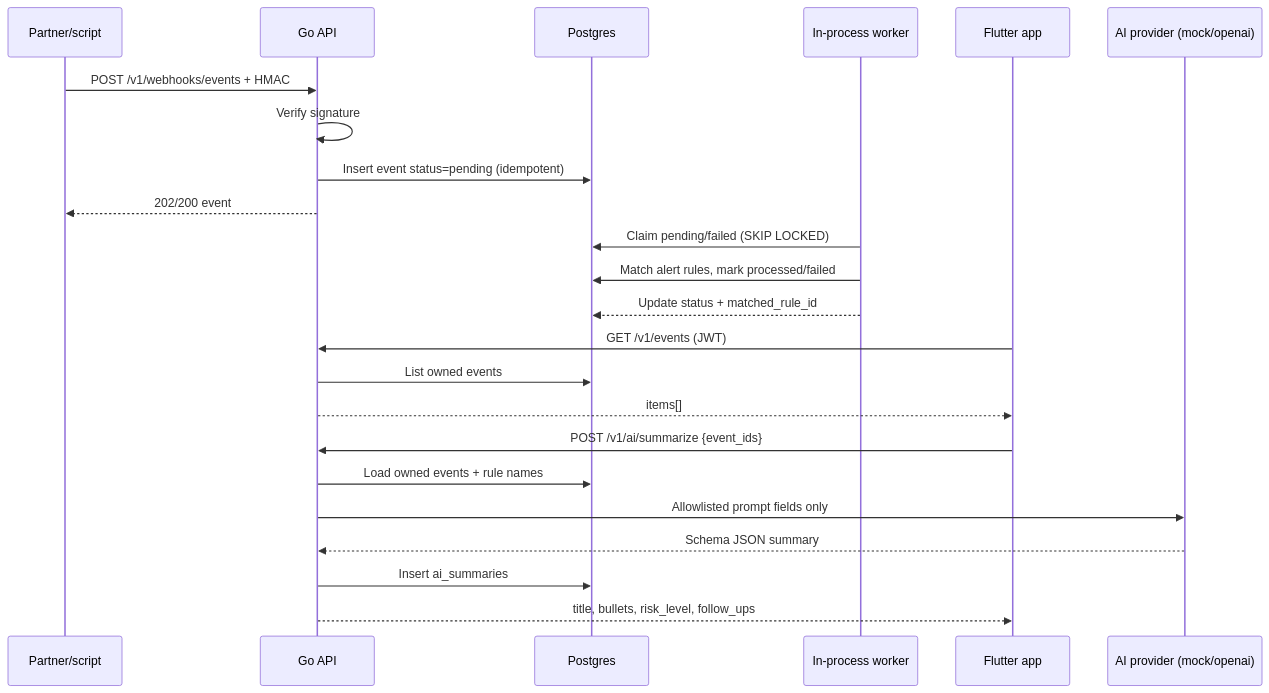
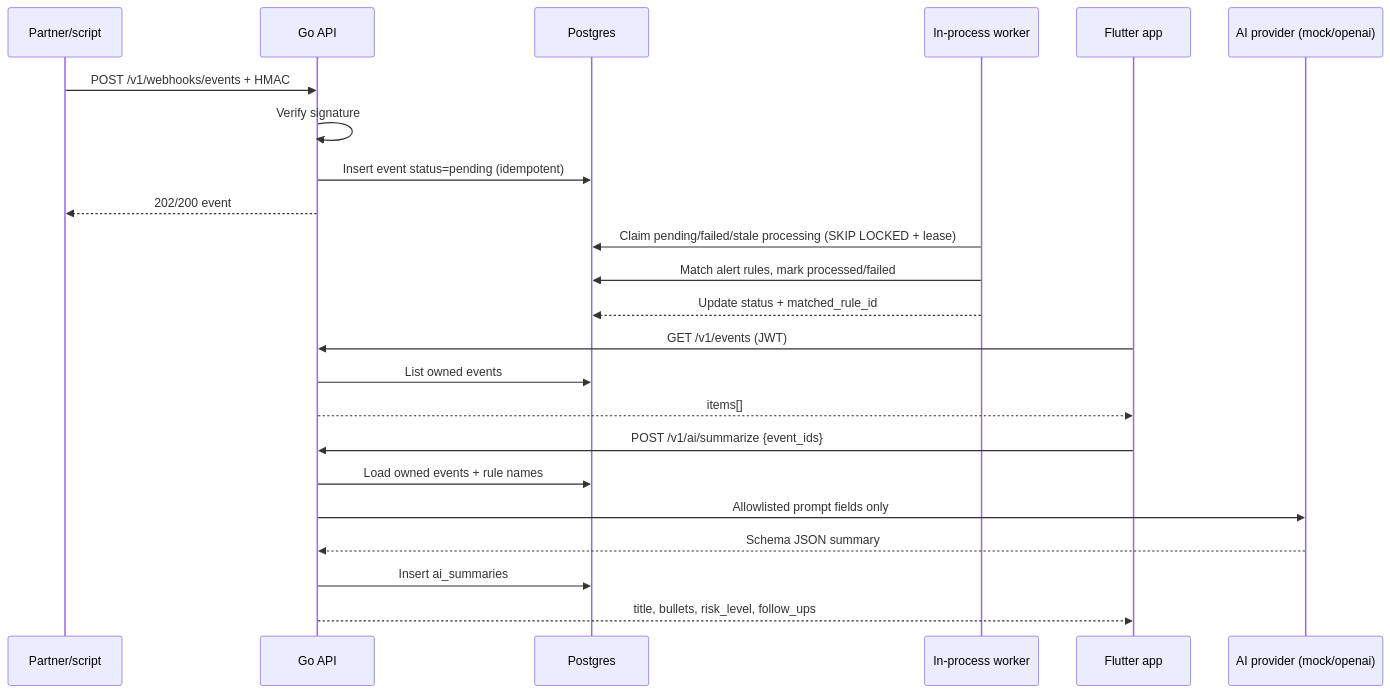
One commit to o-mid/walletops changed the diagram in docs/architecture.md. Above: the diagram before and after it, drawn with Mermaid. The commit also changed other lines of this file and 2 other files, not shown here.

Commit message:
document webhook reliability and worker claim path

````diff
--- a/docs/architecture.md
+++ b/docs/architecture.md
@@ -19,29 +19,29 @@
 ```mermaid
 sequenceDiagram
   participant Partner as Partner/script
   participant API as Go API
   participant DB as Postgres
   participant Worker as In-process worker
   participant Mobile as Flutter app
   participant AI as AI provider (mock/openai)
 
   Partner->>API: POST /v1/webhooks/events + HMAC
   API->>API: Verify signature
   API->>DB: Insert event status=pending (idempotent)
   API-->>Partner: 202/200 event
 
-  Worker->>DB: Claim pending/failed (SKIP LOCKED)
+  Worker->>DB: Claim pending/failed/stale processing (SKIP LOCKED + lease)
   Worker->>DB: Match alert rules, mark processed/failed
   Worker-->>DB: Update status + matched_rule_id
 
   Mobile->>API: GET /v1/events (JWT)
   API->>DB: List owned events
   API-->>Mobile: items[]
 
   Mobile->>API: POST /v1/ai/summarize {event_ids}
   API->>DB: Load owned events + rule names
   API->>AI: Allowlisted prompt fields only
   AI-->>API: Schema JSON summary
   API->>DB: Insert ai_summaries
   API-->>Mobile: title, bullets, risk_level, follow_ups
 ```
````
